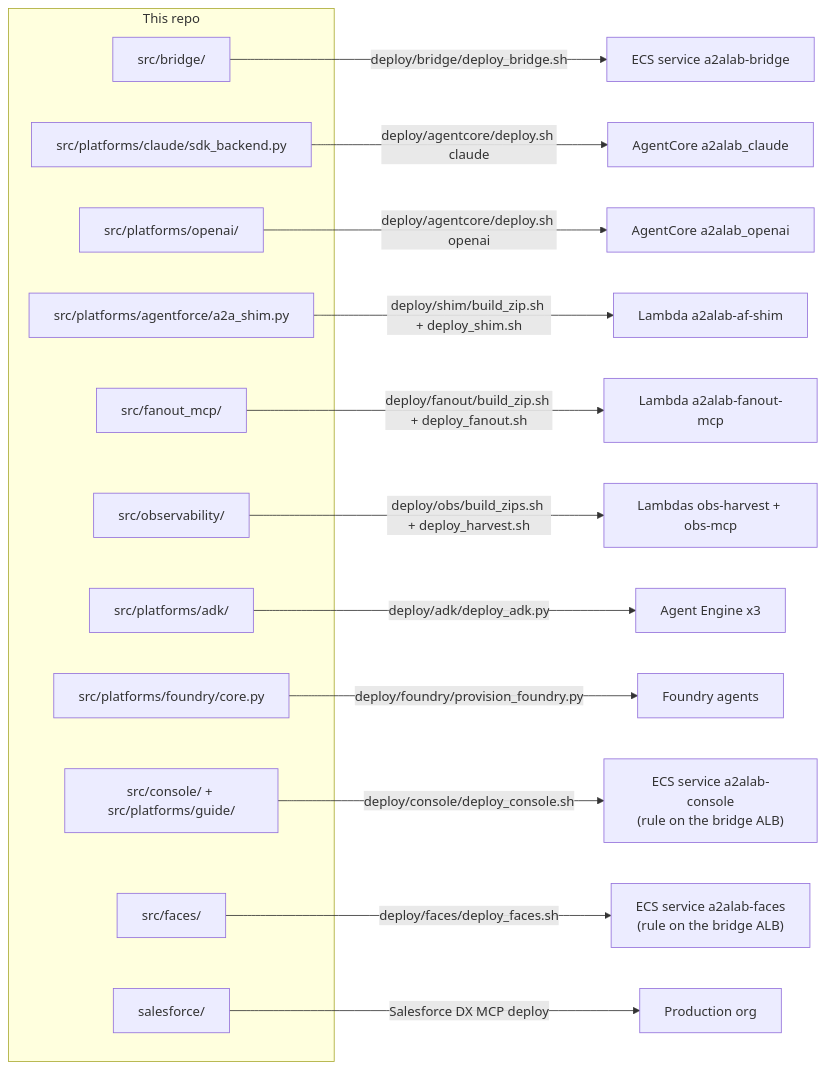
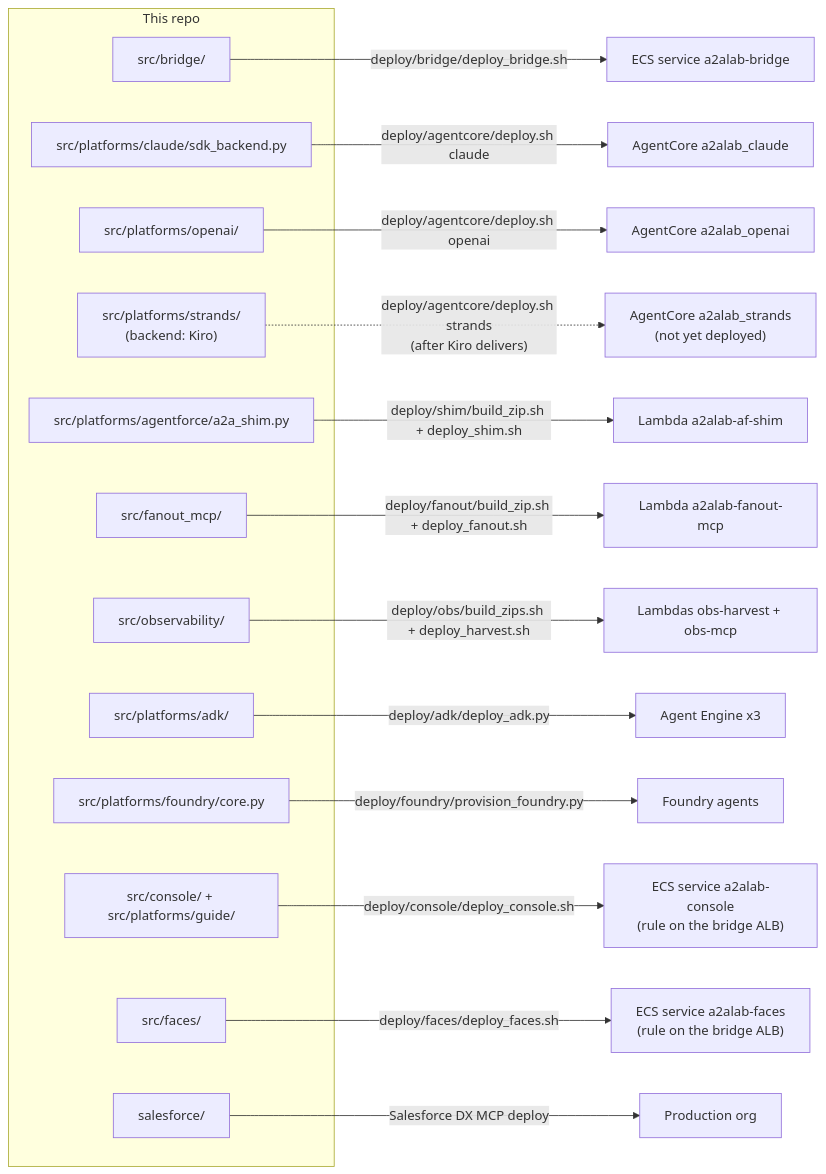
The tenth of 10 diagrams in plan/09-deployment-map.md (congmingwudi/a2a-lab), drawn with Mermaid before and after one commit. The commit also changed other lines of this file and 18 other files, not shown here.

First line of the commit message:
Scaffold WS5 Strands experiment; farm the backend to Kiro (D66)

````diff
--- a/plan/09-deployment-map.md
+++ b/plan/09-deployment-map.md
@@ -764,27 +764,29 @@
 ```mermaid
 flowchart LR
   subgraph REPO["This repo"]
     R1["src/bridge/"]
     R2["src/platforms/claude/sdk_backend.py"]
     R3["src/platforms/openai/"]
+    R12["src/platforms/strands/<br/>(backend: Kiro)"]
     R4["src/platforms/agentforce/a2a_shim.py"]
     R5["src/fanout_mcp/"]
     R6["src/observability/"]
     R7["src/platforms/adk/"]
     R8["src/platforms/foundry/core.py"]
     R9["src/console/ + src/platforms/guide/"]
     R11["src/faces/"]
     R10["salesforce/"]
   end
   R1 -->|"deploy/bridge/deploy_bridge.sh"| D1["ECS service a2alab-bridge"]
   R2 -->|"deploy/agentcore/deploy.sh claude"| D2["AgentCore a2alab_claude"]
   R3 -->|"deploy/agentcore/deploy.sh openai"| D3["AgentCore a2alab_openai"]
+  R12 -.->|"deploy/agentcore/deploy.sh strands<br/>(after Kiro delivers)"| D12["AgentCore a2alab_strands<br/>(not yet deployed)"]
   R4 -->|"deploy/shim/build_zip.sh + deploy_shim.sh"| D4["Lambda a2alab-af-shim"]
   R5 -->|"deploy/fanout/build_zip.sh + deploy_fanout.sh"| D5["Lambda a2alab-fanout-mcp"]
   R6 -->|"deploy/obs/build_zips.sh + deploy_harvest.sh"| D6["Lambdas obs-harvest + obs-mcp"]
   R7 -->|"deploy/adk/deploy_adk.py"| D7["Agent Engine x3"]
   R8 -->|"deploy/foundry/provision_foundry.py"| D8["Foundry agents"]
   R9 -->|"deploy/console/deploy_console.sh"| D9["ECS service a2alab-console<br/>(rule on the bridge ALB)"]
   R11 -->|"deploy/faces/deploy_faces.sh"| D11["ECS service a2alab-faces<br/>(rule on the bridge ALB)"]
   R10 -->|"Salesforce DX MCP deploy"| D10["Production org"]
 ```
````
